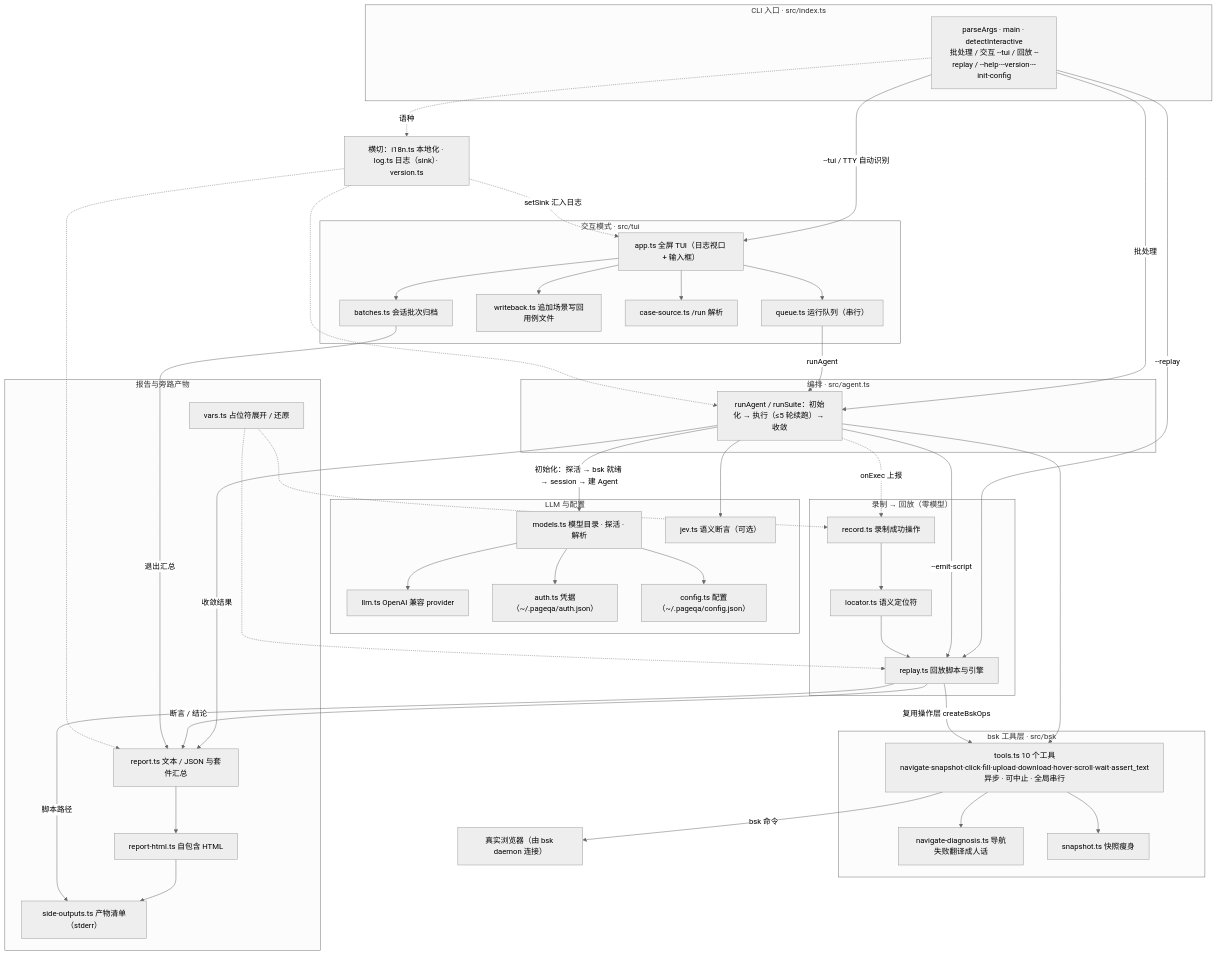
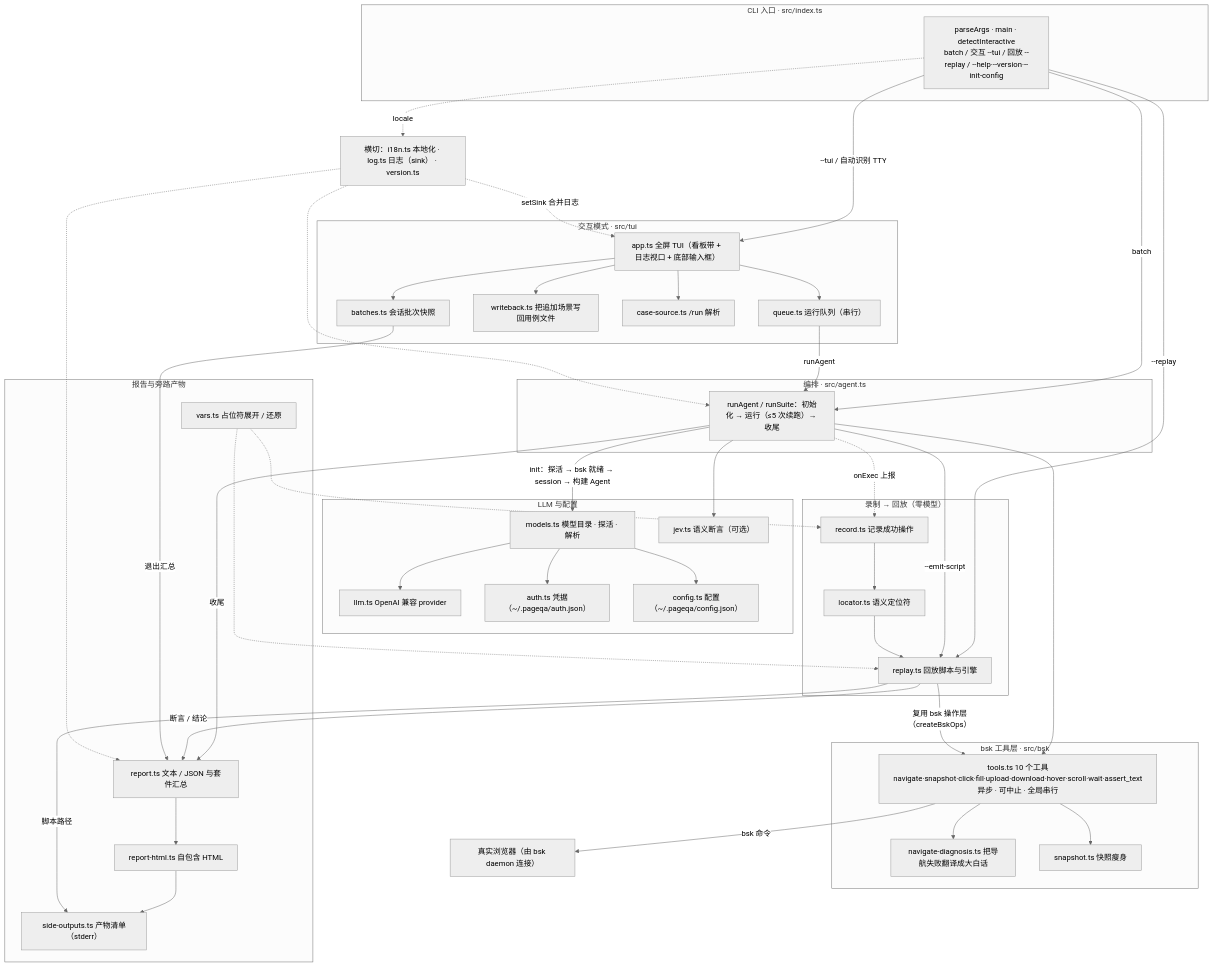
Before and after one commit to klren0312/pageqa: the diagram in README.zh-CN.md, drawn with Mermaid (neutral theme). The commit also changed other lines of this file and 1 other file, not shown here.

Commit message:
docs: 重写 README，以 TUI 为核心并补全看板带与分层架构图

````diff
--- a/README.zh-CN.md
+++ b/README.zh-CN.md
@@ -562,11 +194,11 @@
 ```mermaid
 flowchart TD
   subgraph ENTRY["CLI 入口 · src/index.ts"]
-    CLI["parseArgs · main · detectInteractive<br/>批处理 / 交互 --tui / 回放 --replay / --help·--version·--init-config"]
+    CLI["parseArgs · main · detectInteractive<br/>batch / 交互 --tui / 回放 --replay / --help·--version·--init-config"]
   end
 
   subgraph ORCH["编排 · src/agent.ts"]
-    RUN["runAgent / runSuite：初始化 → 执行（≤5 轮续跑）→ 收敛"]
+    RUN["runAgent / runSuite：初始化 → 运行（≤5 次续跑）→ 收尾"]
   end
 
   subgraph LLMC["LLM 与配置"]
@@ -579,14 +211,14 @@
 
   subgraph BSK["bsk 工具层 · src/bsk"]
     TOOLS["tools.ts 10 个工具<br/>navigate·snapshot·click·fill·upload·download·hover·scroll·wait·assert_text<br/>异步 · 可中止 · 全局串行"]
-    DIAG["navigate-diagnosis.ts 导航失败翻译成人话"]
+    DIAG["navigate-diagnosis.ts 把导航失败翻译成大白话"]
     SNAP["snapshot.ts 快照瘦身"]
   end
 
   BROWSER["真实浏览器（由 bsk daemon 连接）"]
 
   subgraph REC["录制 → 回放（零模型）"]
-    RECORDER["record.ts 录制成功操作"]
+    RECORDER["record.ts 记录成功操作"]
     LOCATOR["locator.ts 语义定位符"]
     ENGINE["replay.ts 回放脚本与引擎"]
   end
@@ -599,24 +231,24 @@
   end
 
   subgraph TUI["交互模式 · src/tui"]
-    APP["app.ts 全屏 TUI（日志视口 + 输入框）"]
+    APP["app.ts 全屏 TUI（看板带 + 日志视口 + 底部输入框）"]
     QUEUE["queue.ts 运行队列（串行）"]
-    WB["writeback.ts 追加场景写回用例文件"]
+    WB["writeback.ts 把追加场景写回用例文件"]
     CS["case-source.ts /run 解析"]
-    BATCH["batches.ts 会话批次归档"]
+    BATCH["batches.ts 会话批次快照"]
   end
 
-  XCUT["横切：i18n.ts 本地化 · log.ts 日志（sink）· version.ts"]
+  XCUT["横切：i18n.ts 本地化 · log.ts 日志（sink） · version.ts"]
 
-  CLI -->|"批处理"| RUN
+  CLI -->|"batch"| RUN
   CLI -->|"--replay"| ENGINE
-  CLI -->|"--tui / TTY 自动识别"| APP
-  CLI -.->|"语种"| XCUT
+  CLI -->|"--tui / 自动识别 TTY"| APP
+  CLI -.->|"locale"| XCUT
 
-  RUN -->|"初始化：探活 → bsk 就绪 → session → 建 Agent"| MODELS
+  RUN -->|"init：探活 → bsk 就绪 → session → 构建 Agent"| MODELS
   RUN --> JEV
   RUN --> TOOLS
-  RUN -->|"收敛结果"| REPORT
+  RUN -->|"收尾"| REPORT
   RUN -.->|"onExec 上报"| RECORDER
   RUN -->|"--emit-script"| ENGINE
 
@@ -630,7 +262,7 @@
 
   RECORDER --> LOCATOR
   LOCATOR --> ENGINE
-  ENGINE -->|"复用操作层 createBskOps"| TOOLS
+  ENGINE -->|"复用 bsk 操作层（createBskOps）"| TOOLS
   ENGINE -->|"断言 / 结论"| REPORT
 
   REPORT --> HTML
@@ -645,7 +277,7 @@
   APP --> BATCH
   QUEUE -->|"runAgent"| RUN
   BATCH -->|"退出汇总"| REPORT
-  XCUT -.->|"setSink 汇入日志"| APP
+  XCUT -.->|"setSink 合并日志"| APP
   XCUT -.-> RUN
   XCUT -.-> REPORT
 ```
````
